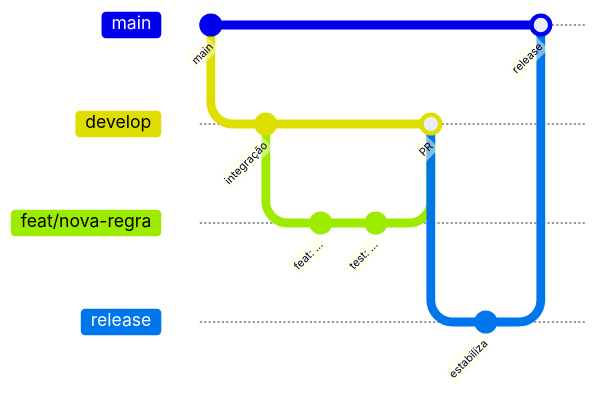
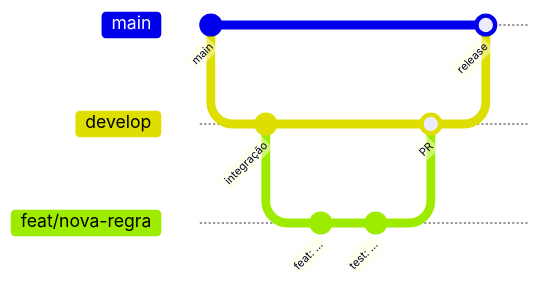
One commit to ndelecrodev/task-time-sync changed the fourth of 4 diagrams in README.md. Above: the diagram before and after it, drawn with Mermaid. The commit also changed other lines of this file and 1 other file, not shown here.

Commit message:
Simplify the branch flow to feature, develop and main
Drop the release branch from the documented flow: feature branches go to develop by pull request, and develop is promoted to main when it is stable. Update the README diagram and the contributing guide.

````diff
--- a/README.md
+++ b/README.md
@@ -458,18 +458,15 @@
 ```mermaid
 gitGraph
     commit id: "main"
     branch develop
     checkout develop
     commit id: "integração"
     branch feat/nova-regra
     checkout feat/nova-regra
     commit id: "feat: ..."
     commit id: "test: ..."
     checkout develop
     merge feat/nova-regra id: "PR"
-    branch release
-    checkout release
-    commit id: "estabiliza"
     checkout main
-    merge release id: "release"
+    merge develop id: "release"
 ```
````
